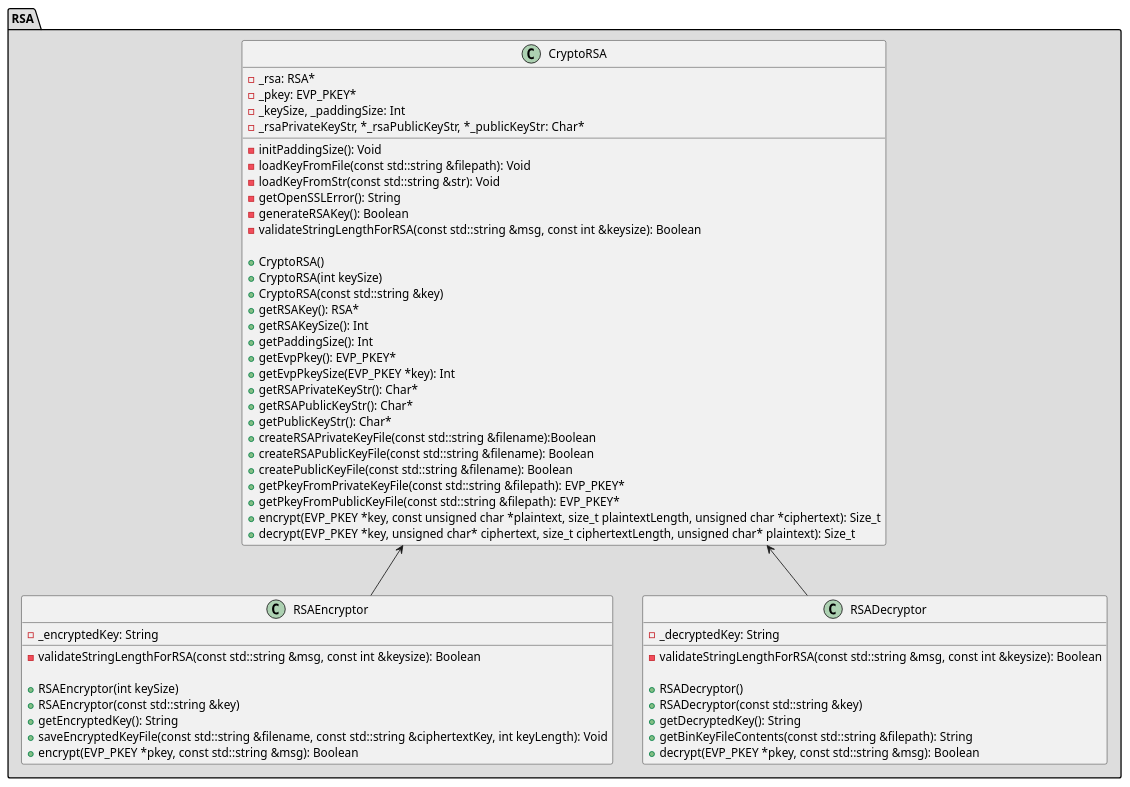
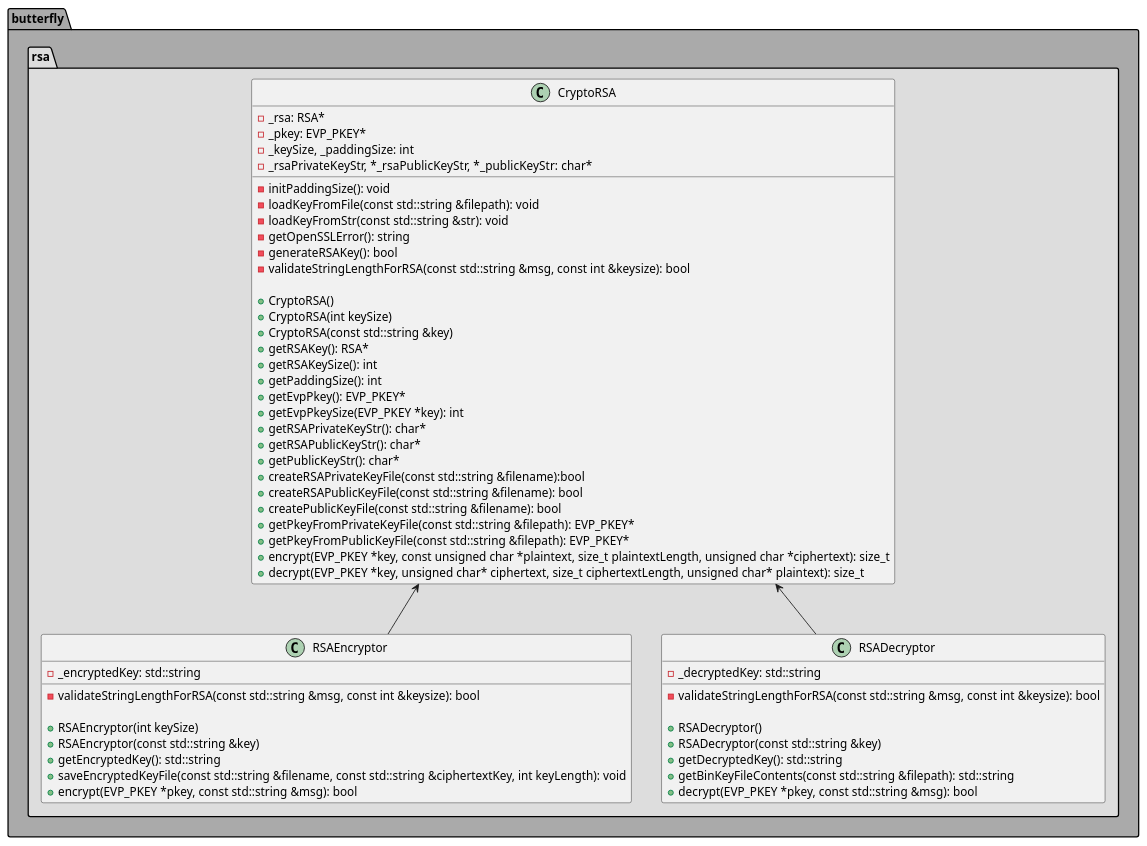
Before and after one commit to bierschi/butterfly: the diagram in architecture/class_diagrams/crypto/rsa.puml, drawn with PlantUML. The commit also changed 16 other files, not shown here.

Commit message:
Updated the aes classes and the architecture

```diff
--- a/architecture/class_diagrams/crypto/rsa.puml
+++ b/architecture/class_diagrams/crypto/rsa.puml
@@ -1,69 +1,74 @@
 @startuml
 'https://plantuml.com/sequence-diagram
-package RSA #DDDDDD
+package butterfly #AAAAAA
+{
+
+package rsa #DDDDDD
 {
 
 class CryptoRSA
 {
     -_rsa: RSA*
     -_pkey: EVP_PKEY*
-    -_keySize, _paddingSize: Int
-    -_rsaPrivateKeyStr, *_rsaPublicKeyStr, *_publicKeyStr: Char*
+    -_keySize, _paddingSize: int
+    -_rsaPrivateKeyStr, *_rsaPublicKeyStr, *_publicKeyStr: char*
 
-    -initPaddingSize(): Void
-    -loadKeyFromFile(const std::string &filepath): Void
-    -loadKeyFromStr(const std::string &str): Void
-    -getOpenSSLError(): String
-    -generateRSAKey(): Boolean
-    -validateStringLengthForRSA(const std::string &msg, const int &keysize): Boolean
+    -initPaddingSize(): void
+    -loadKeyFromFile(const std::string &filepath): void
+    -loadKeyFromStr(const std::string &str): void
+    -getOpenSSLError(): string
+    -generateRSAKey(): bool
+    -validateStringLengthForRSA(const std::string &msg, const int &keysize): bool
 
     +CryptoRSA()
     +CryptoRSA(int keySize)
     +CryptoRSA(const std::string &key)
     +getRSAKey(): RSA*
-    +getRSAKeySize(): Int
-    +getPaddingSize(): Int
+    +getRSAKeySize(): int
+    +getPaddingSize(): int
     +getEvpPkey(): EVP_PKEY*
-    +getEvpPkeySize(EVP_PKEY *key): Int
-    +getRSAPrivateKeyStr(): Char*
-    +getRSAPublicKeyStr(): Char*
-    +getPublicKeyStr(): Char*
-    +createRSAPrivateKeyFile(const std::string &filename):Boolean
-    +createRSAPublicKeyFile(const std::string &filename): Boolean
-    +createPublicKeyFile(const std::string &filename): Boolean
+    +getEvpPkeySize(EVP_PKEY *key): int
+    +getRSAPrivateKeyStr(): char*
+    +getRSAPublicKeyStr(): char*
+    +getPublicKeyStr(): char*
+    +createRSAPrivateKeyFile(const std::string &filename):bool
+    +createRSAPublicKeyFile(const std::string &filename): bool
+    +createPublicKeyFile(const std::string &filename): bool
     +getPkeyFromPrivateKeyFile(const std::string &filepath): EVP_PKEY*
     +getPkeyFromPublicKeyFile(const std::string &filepath): EVP_PKEY*
-    +encrypt(EVP_PKEY *key, const unsigned char *plaintext, size_t plaintextLength, unsigned char *ciphertext): Size_t
-    +decrypt(EVP_PKEY *key, unsigned char* ciphertext, size_t ciphertextLength, unsigned char* plaintext): Size_t
+    +encrypt(EVP_PKEY *key, const unsigned char *plaintext, size_t plaintextLength, unsigned char *ciphertext): size_t
+    +decrypt(EVP_PKEY *key, unsigned char* ciphertext, size_t ciphertextLength, unsigned char* plaintext): size_t
 }
 
 class RSAEncryptor
 {
-    -_encryptedKey: String
+    -_encryptedKey: std::string
 
-    -validateStringLengthForRSA(const std::string &msg, const int &keysize): Boolean
+    -validateStringLengthForRSA(const std::string &msg, const int &keysize): bool
 
     +RSAEncryptor(int keySize)
     +RSAEncryptor(const std::string &key)
-    +getEncryptedKey(): String
-    +saveEncryptedKeyFile(const std::string &filename, const std::string &ciphertextKey, int keyLength): Void
-    +encrypt(EVP_PKEY *pkey, const std::string &msg): Boolean
+    +getEncryptedKey(): std::string
+    +saveEncryptedKeyFile(const std::string &filename, const std::string &ciphertextKey, int keyLength): void
+    +encrypt(EVP_PKEY *pkey, const std::string &msg): bool
 }
 
 class RSADecryptor
 {
-    -_decryptedKey: String
-    -validateStringLengthForRSA(const std::string &msg, const int &keysize): Boolean
+    -_decryptedKey: std::string
+    -validateStringLengthForRSA(const std::string &msg, const int &keysize): bool
 
     +RSADecryptor()
     +RSADecryptor(const std::string &key)
-    +getDecryptedKey(): String
-    +getBinKeyFileContents(const std::string &filepath): String
-    +decrypt(EVP_PKEY *pkey, const std::string &msg): Boolean
+    +getDecryptedKey(): std::string
+    +getBinKeyFileContents(const std::string &filepath): std::string
+    +decrypt(EVP_PKEY *pkey, const std::string &msg): bool
 }
 
 CryptoRSA <-- RSAEncryptor
 CryptoRSA <-- RSADecryptor
 
 }
+
+}
 @enduml
```
